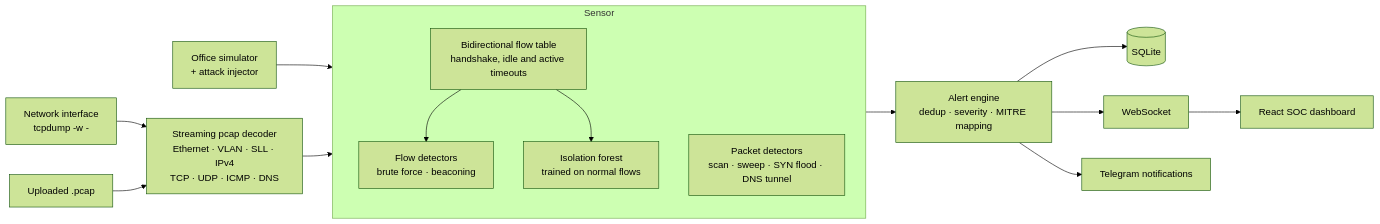
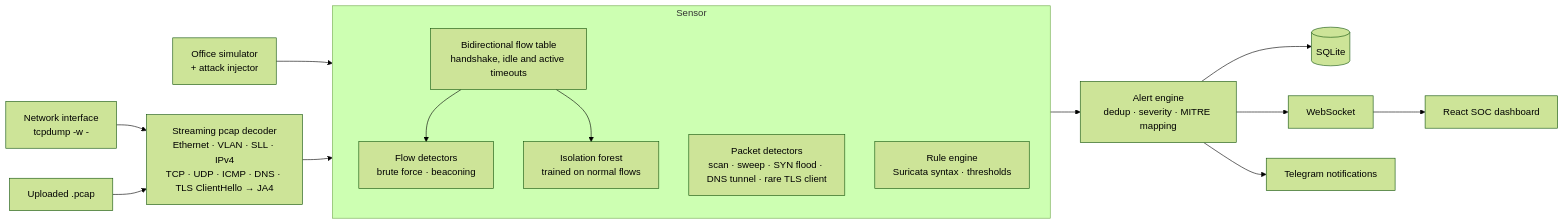
The diagram in README.md (Vishwanathanirv/Real-time-Intrusion-Detection-System-main), drawn with Mermaid (forest theme) before and after one commit. The commit also changed other lines of this file and 25 other files, not shown here.

Commit message:
Add JA4 TLS fingerprinting, a rare-TLS-client detector and a Suricata-syntax rule engine

````diff
--- a/README.md
+++ b/README.md
@@ -40,19 +41,20 @@
 ```mermaid
 flowchart LR
   NIC[Network interface<br/>tcpdump -w -] --> P
   UP[Uploaded .pcap] --> P
   SIM[Office simulator<br/>+ attack injector] --> S
-  P[Streaming pcap decoder<br/>Ethernet · VLAN · SLL · IPv4<br/>TCP · UDP · ICMP · DNS] --> S
+  P[Streaming pcap decoder<br/>Ethernet · VLAN · SLL · IPv4<br/>TCP · UDP · ICMP · DNS · TLS ClientHello → JA4] --> S
   subgraph S[Sensor]
     FT[Bidirectional flow table<br/>handshake, idle and active timeouts]
-    PD[Packet detectors<br/>scan · sweep · SYN flood · DNS tunnel]
+    PD[Packet detectors<br/>scan · sweep · SYN flood · DNS tunnel · rare TLS client]
+    RL[Rule engine<br/>Suricata syntax · thresholds]
     FD[Flow detectors<br/>brute force · beaconing]
     IF[Isolation forest<br/>trained on normal flows]
     FT --> FD
     FT --> IF
   end
   S --> AL[Alert engine<br/>dedup · severity · MITRE mapping]
   AL --> DB[(SQLite)]
   AL --> WS[WebSocket] --> UI[React SOC dashboard]
   AL --> TG[Telegram notifications]
 ```
````
